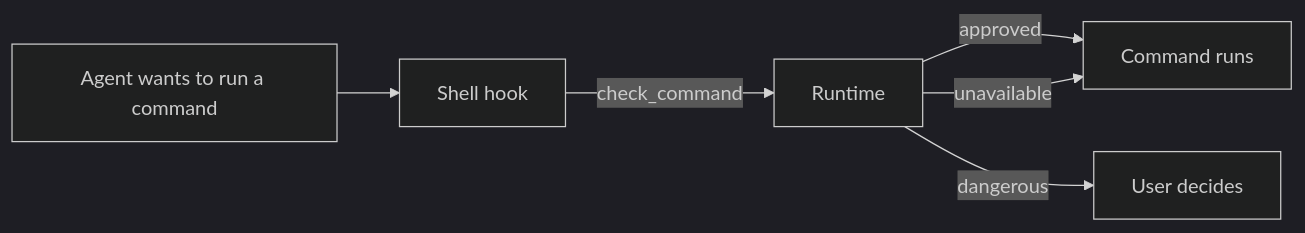
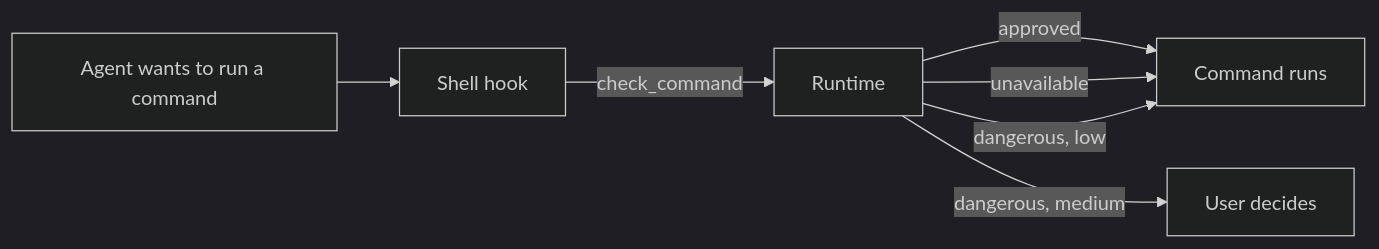
Before and after one commit to patronus-protect/patronus-security-cli: the ninth of 9 diagrams in docs/runtime-flows.md, drawn with Mermaid (dark theme). The commit also changed other lines of this file and 11 other files, not shown here.

First line of the commit message:
Shell check: let low-band commands run, ask only for medium

````diff
--- a/docs/runtime-flows.md
+++ b/docs/runtime-flows.md
@@ -321,8 +321,9 @@
 ```mermaid
 flowchart LR
   C[Agent wants to run a command] --> K[Shell hook]
   K -->|check_command| R[Runtime]
   R -->|approved| RUN[Command runs]
   R -->|unavailable| RUN
-  R -->|dangerous| ASK[User decides]
+  R -->|dangerous, low| RUN
+  R -->|dangerous, medium| ASK[User decides]
 ```
````
